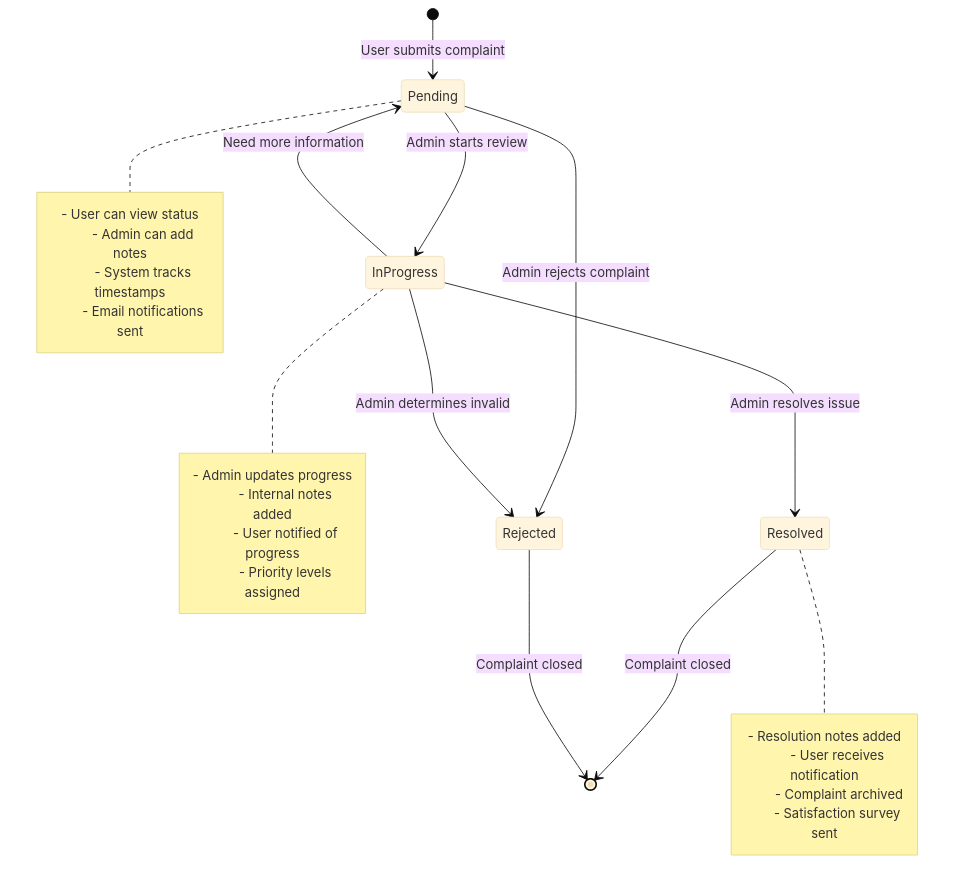
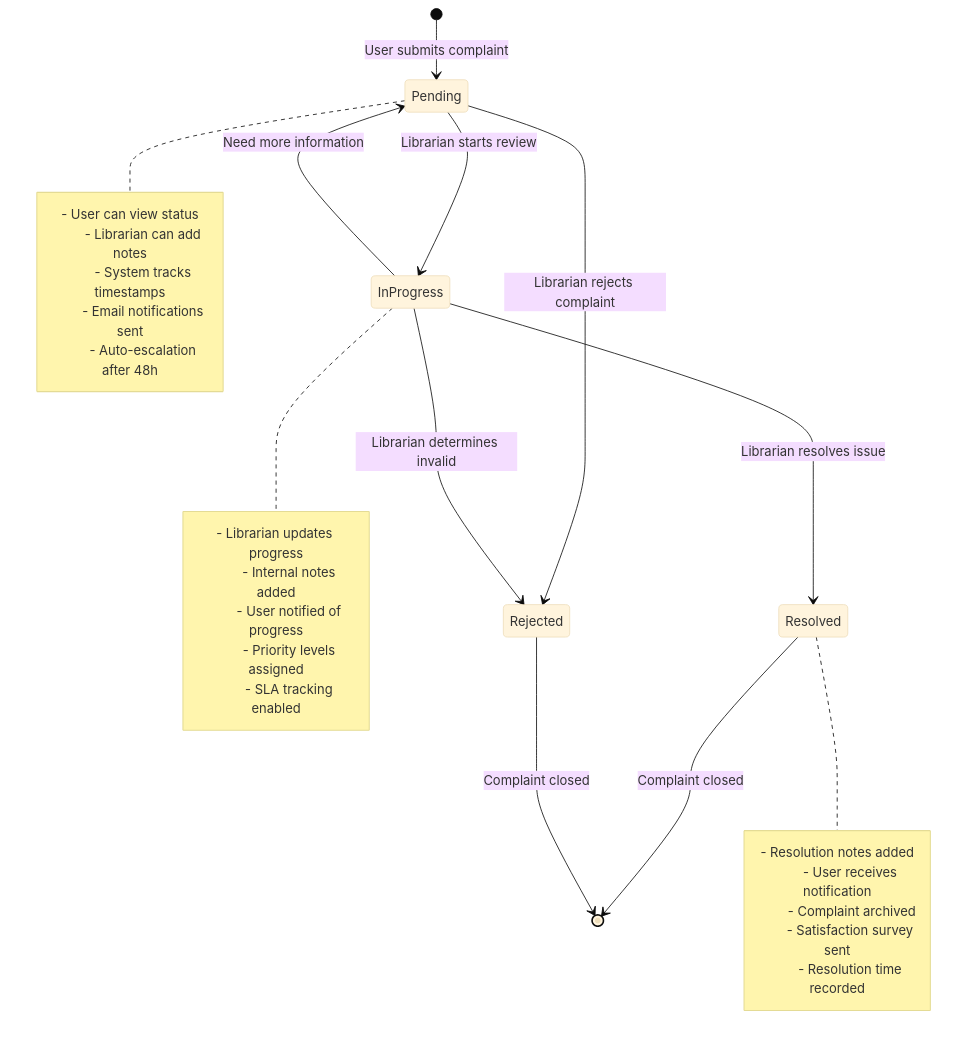
Before and after one commit to H3xKatana/EstinBib-new: the tenth of 12 diagrams in README.md, drawn with Mermaid (base theme). The commit also changed other lines of this file, not shown here.

````diff
--- a/README.md
+++ b/README.md
@@ -463,35 +704,38 @@
 ```mermaid
 stateDiagram-v2
     [*] --> Pending : User submits complaint
     
-    Pending --> InProgress : Admin starts review
-    Pending --> Rejected : Admin rejects complaint
+    Pending --> InProgress : Librarian starts review
+    Pending --> Rejected : Librarian rejects complaint
     
-    InProgress --> Resolved : Admin resolves issue
-    InProgress --> Rejected : Admin determines invalid
+    InProgress --> Resolved : Librarian resolves issue
+    InProgress --> Rejected : Librarian determines invalid
     InProgress --> Pending : Need more information
     
     Resolved --> [*] : Complaint closed
     Rejected --> [*] : Complaint closed
     
     note right of Pending
         - User can view status
-        - Admin can add notes
+        - Librarian can add notes
         - System tracks timestamps
         - Email notifications sent
+        - Auto-escalation after 48h
     end note
     
     note right of InProgress
-        - Admin updates progress
+        - Librarian updates progress
         - Internal notes added
         - User notified of progress
         - Priority levels assigned
+        - SLA tracking enabled
     end note
     
     note right of Resolved
         - Resolution notes added
         - User receives notification
         - Complaint archived
         - Satisfaction survey sent
+        - Resolution time recorded
     end note
 ```
````
